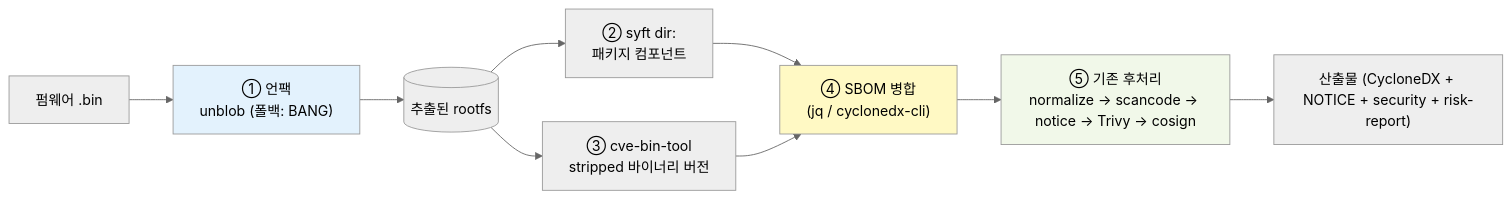
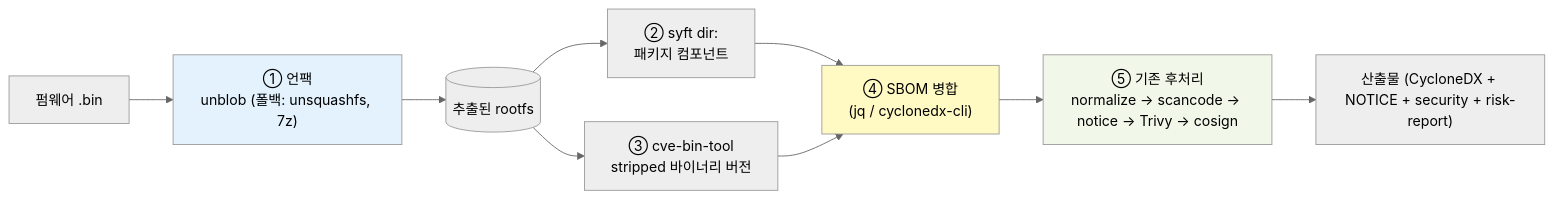
Before and after one commit to haksungjang/bomlens: the diagram in docs/maintainers/firmware-analysis.md, drawn with Mermaid (neutral theme). The commit also changed other lines of this file and 6 other files, not shown here.

````diff
--- a/docs/maintainers/firmware-analysis.md
+++ b/docs/maintainers/firmware-analysis.md
@@ -56,15 +56,15 @@
 ```mermaid
 flowchart LR
-    FW["펌웨어 .bin"] --> UNPACK["① 언팩<br/>unblob (폴백: BANG)"]
+    FW["펌웨어 .bin"] --> UNPACK["① 언팩<br/>unblob (폴백: unsquashfs, 7z)"]
     UNPACK --> ROOTFS[("추출된 rootfs")]
     ROOTFS --> SYFT["② syft dir:<br/>패키지 컴포넌트"]
     ROOTFS --> CVEBIN["③ cve-bin-tool<br/>stripped 바이너리 버전"]
     SYFT --> MERGE["④ SBOM 병합<br/>(jq / cyclonedx-cli)"]
     CVEBIN --> MERGE
     MERGE --> POST["⑤ 기존 후처리<br/>normalize → scancode → notice → Trivy → cosign"]
     POST --> OUT["산출물 (CycloneDX + NOTICE + security + risk-report)"]
 
     style UNPACK fill:#e3f2fd
     style MERGE fill:#fff9c4
     style POST fill:#f1f8e9
 ```
````
